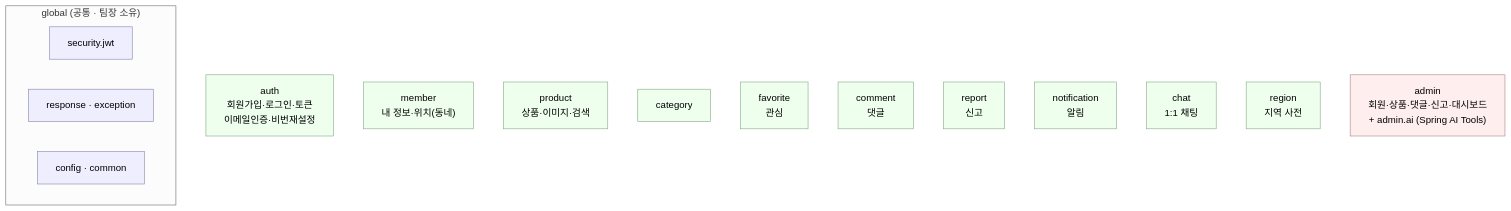
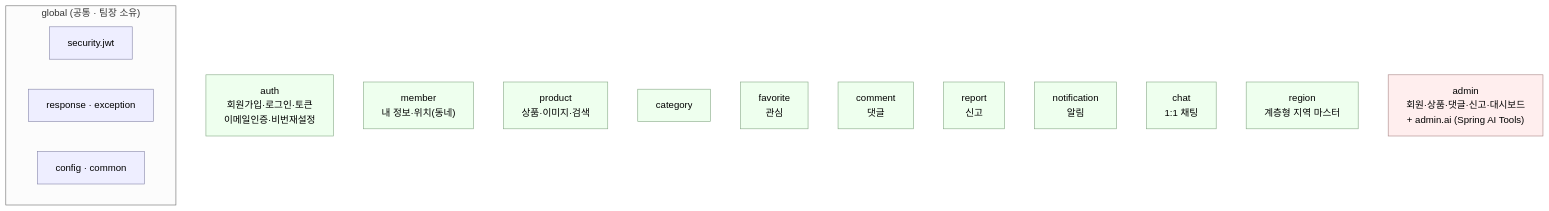
Before and after one commit to prgrms-be-devcourse/NBE10-12-2-Team7: the second of 2 diagrams in docs/architecture/03-component.md, drawn with Mermaid (neutral theme). The commit also changed other lines of this file and 3 other files, not shown here.

````diff
--- a/docs/architecture/03-component.md
+++ b/docs/architecture/03-component.md
@@ -30,24 +30,24 @@
 ```mermaid
 graph TB
     subgraph global["global (공통 · 팀장 소유)"]
         sec["security.jwt"]:::g
         resp["response · exception"]:::g
         cfg["config · common"]:::g
     end
 
     auth["auth<br/>회원가입·로그인·토큰<br/>이메일인증·비번재설정"]:::d
     member["member<br/>내 정보·위치(동네)"]:::d
     product["product<br/>상품·이미지·검색"]:::d
     category["category"]:::d
     favorite["favorite<br/>관심"]:::d
     comment["comment<br/>댓글"]:::d
     report["report<br/>신고"]:::d
     notification["notification<br/>알림"]:::d
     chat["chat<br/>1:1 채팅"]:::d
-    region["region<br/>지역 사전"]:::d
+    region["region<br/>계층형 지역 마스터"]:::d
     admin["admin<br/>회원·상품·댓글·신고·대시보드<br/>+ admin.ai (Spring AI Tools)"]:::a
 
     classDef g fill:#eef,stroke:#88a
     classDef d fill:#efe,stroke:#8a8
     classDef a fill:#fee,stroke:#a88
 ```
````
